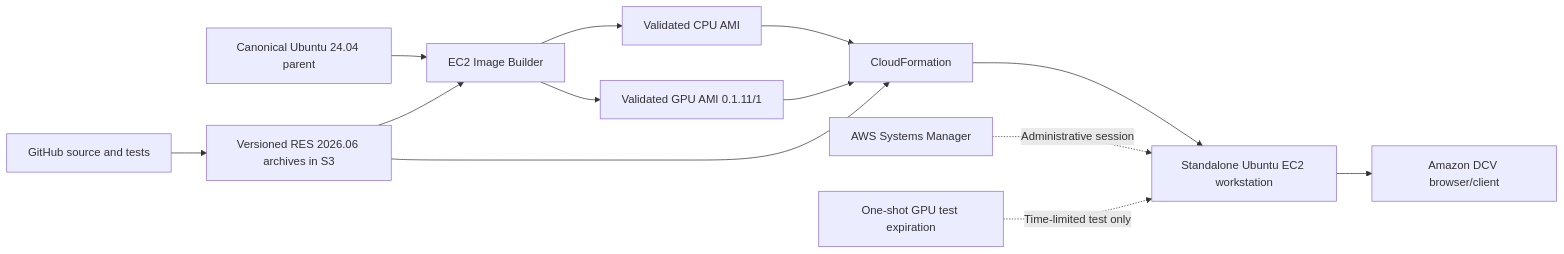
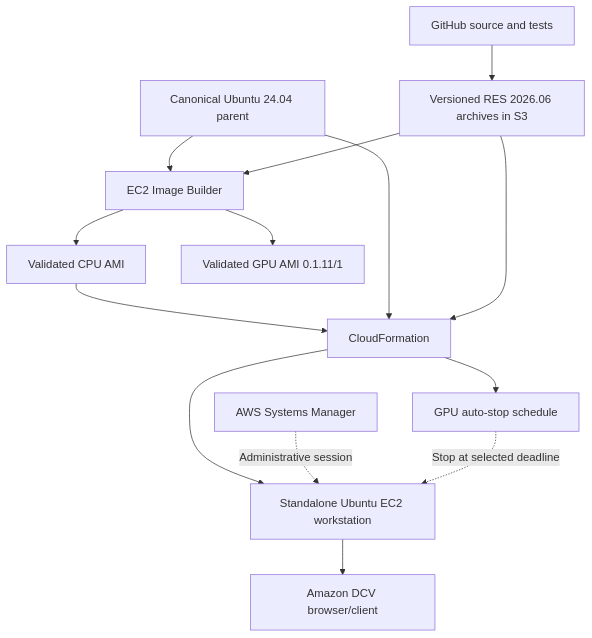
The diagram in docs/visual-architecture.md (vision-kwest/studio-workstation), drawn with Mermaid before and after one commit. The commit also changed other lines of this file and 25 other files, not shown here.

First line of the commit message:
Stop workstations on expiration and allow user-selected durations

````diff
--- a/docs/visual-architecture.md
+++ b/docs/visual-architecture.md
@@ -9,15 +12,16 @@
 ```mermaid
-flowchart LR
+flowchart TD
   Repo["GitHub source and tests"] --> Release["Versioned RES 2026.06 archives in S3"]
   Ubuntu["Canonical Ubuntu 24.04 parent"] --> Builder["EC2 Image Builder"]
   Release --> Builder
   Builder --> CPU["Validated CPU AMI"]
   Builder --> GPU["Validated GPU AMI 0.1.11/1"]
   CPU --> CFN["CloudFormation"]
-  GPU --> CFN
+  Ubuntu --> CFN
   Release --> CFN
   CFN --> EC2["Standalone Ubuntu EC2 workstation"]
   EC2 --> DCV["Amazon DCV browser/client"]
   SSM["AWS Systems Manager"] -. "Administrative session" .-> EC2
-  Scheduler["One-shot GPU test expiration"] -. "Time-limited test only" .-> EC2
+  CFN --> Scheduler["GPU auto-stop schedule"]
+  Scheduler -. "Stop at selected deadline" .-> EC2
 ```
````
